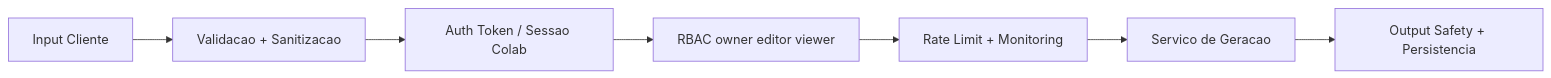
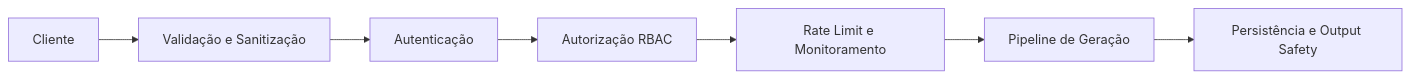
Before and after one commit to FilipiWanderley/RepoLaunch-AI: the third of 3 diagrams in README.md, drawn with Mermaid. The commit also changed other lines of this file, not shown here.

````diff
--- a/README.md
+++ b/README.md
@@ -153,9 +178,9 @@
 ```mermaid
 flowchart LR
-    A[Input Cliente] --> B[Validacao + Sanitizacao]
-    B --> C[Auth Token / Sessao Colab]
-    C --> D[RBAC owner editor viewer]
-    D --> E[Rate Limit + Monitoring]
-    E --> F[Servico de Geracao]
-    F --> G[Output Safety + Persistencia]
+    A[Cliente] --> B[Validação e Sanitização]
+    B --> C[Autenticação]
+    C --> D[Autorização RBAC]
+    D --> E[Rate Limit e Monitoramento]
+    E --> F[Pipeline de Geração]
+    F --> G[Persistência e Output Safety]
 ```
````
